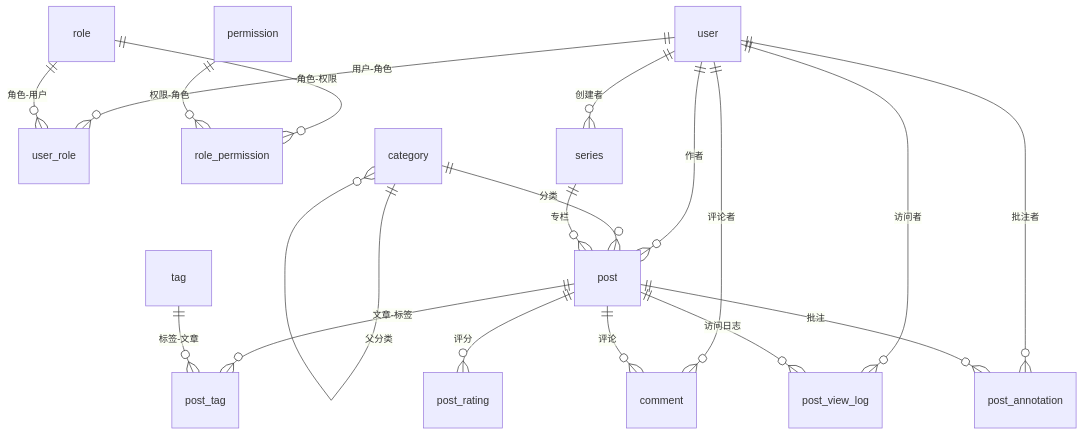
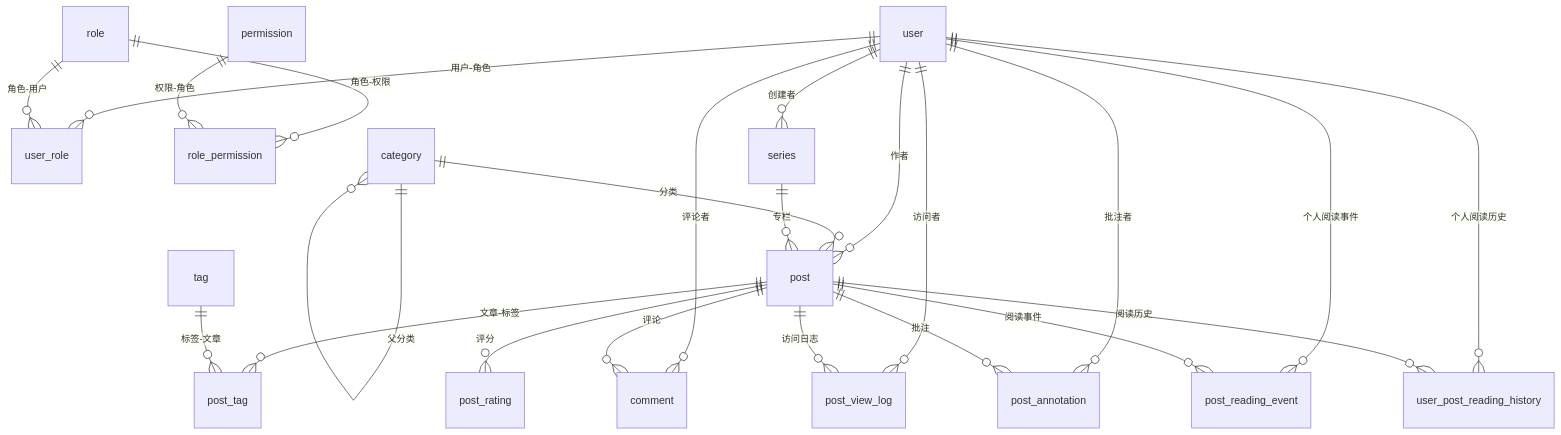
The diagram in docs/architecture/database-schema.md (manfredma/bytedepth), drawn with Mermaid before and after one commit. The commit also changed other lines of this file and 9 other files, not shown here.

Commit message:
feat: complete reading history pagination and visibility

````diff
--- a/docs/architecture/database-schema.md
+++ b/docs/architecture/database-schema.md
@@ -7,24 +7,28 @@
 ```mermaid
 erDiagram
     user ||--o{ user_role : "用户-角色"
     role ||--o{ user_role : "角色-用户"
     role ||--o{ role_permission : "角色-权限"
     permission ||--o{ role_permission : "权限-角色"
 
     user ||--o{ post : "作者"
     user ||--o{ comment : "评论者"
     user ||--o{ series : "创建者"
     user ||--o{ post_view_log : "访问者"
     user ||--o{ post_annotation : "批注者"
+    user ||--o{ post_reading_event : "个人阅读事件"
+    user ||--o{ user_post_reading_history : "个人阅读历史"
 
     category ||--o{ category : "父分类"
     category ||--o{ post : "分类"
     series ||--o{ post : "专栏"
 
     post ||--o{ post_tag : "文章-标签"
     tag ||--o{ post_tag : "标签-文章"
     post ||--o{ comment : "评论"
     post ||--o{ post_view_log : "访问日志"
     post ||--o{ post_rating : "评分"
     post ||--o{ post_annotation : "批注"
+    post ||--o{ post_reading_event : "阅读事件"
+    post ||--o{ user_post_reading_history : "阅读历史"
 ```
````
